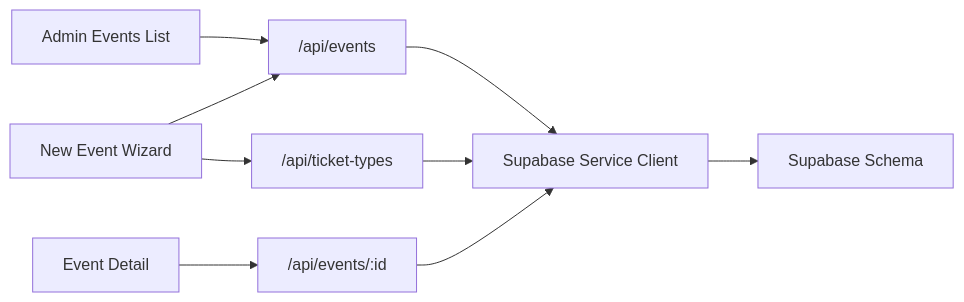
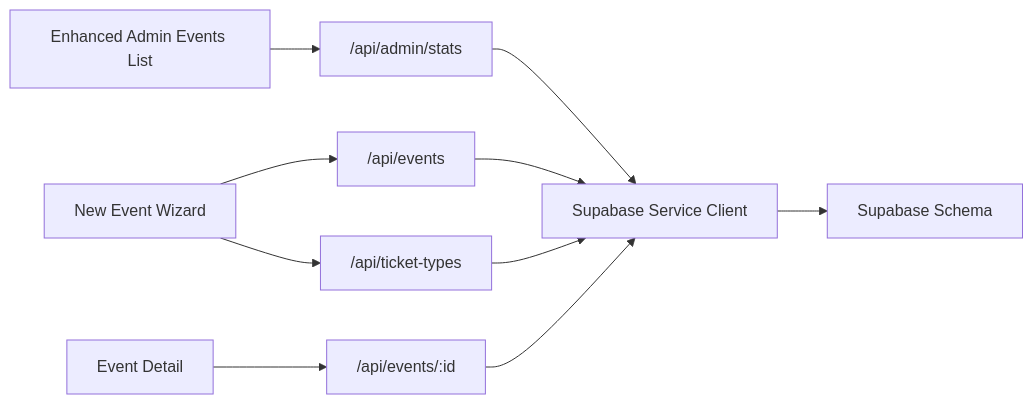
One commit to ObeyMuchechesi/TicketFlow changed the fifth of 5 diagrams in .qoder/repowiki/en/content/Admin Dashboard/Event Management Interface/Event Management Interface.md. Above: the diagram before and after it, drawn with Mermaid. The commit also changed other lines of this file and 12 other files, not shown here.

First line of the commit message:
docs: EcoCash schema columns and project documentation refresh

````diff
--- a/.qoder/repowiki/en/content/Admin Dashboard/Event Management Interface/Event Management Interface.md
+++ b/.qoder/repowiki/en/content/Admin Dashboard/Event Management Interface/Event Management Interface.md
@@ -303,11 +407,12 @@
 ```mermaid
 graph LR
-UI_List["Admin Events List"] --> API_Events["/api/events"]
-UI_New["New Event Wizard"] --> API_Events
+UI_List["Enhanced Admin Events List"] --> API_Stats["/api/admin/stats"]
+UI_New["New Event Wizard"] --> API_Events["/api/events"]
 UI_New --> API_Tickets["/api/ticket-types"]
 UI_Detail["Event Detail"] --> API_EventId["/api/events/:id"]
-API_Events --> Supabase["Supabase Service Client"]
+API_Stats --> Supabase["Supabase Service Client"]
+API_Events --> Supabase
 API_EventId --> Supabase
 API_Tickets --> Supabase
 Supabase --> Schema["Supabase Schema"]
 ```
````
